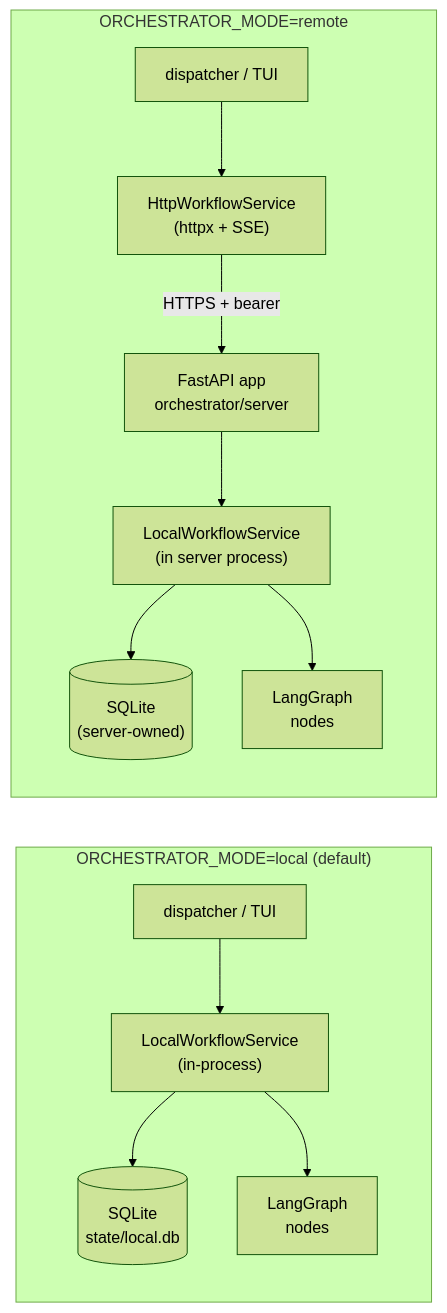
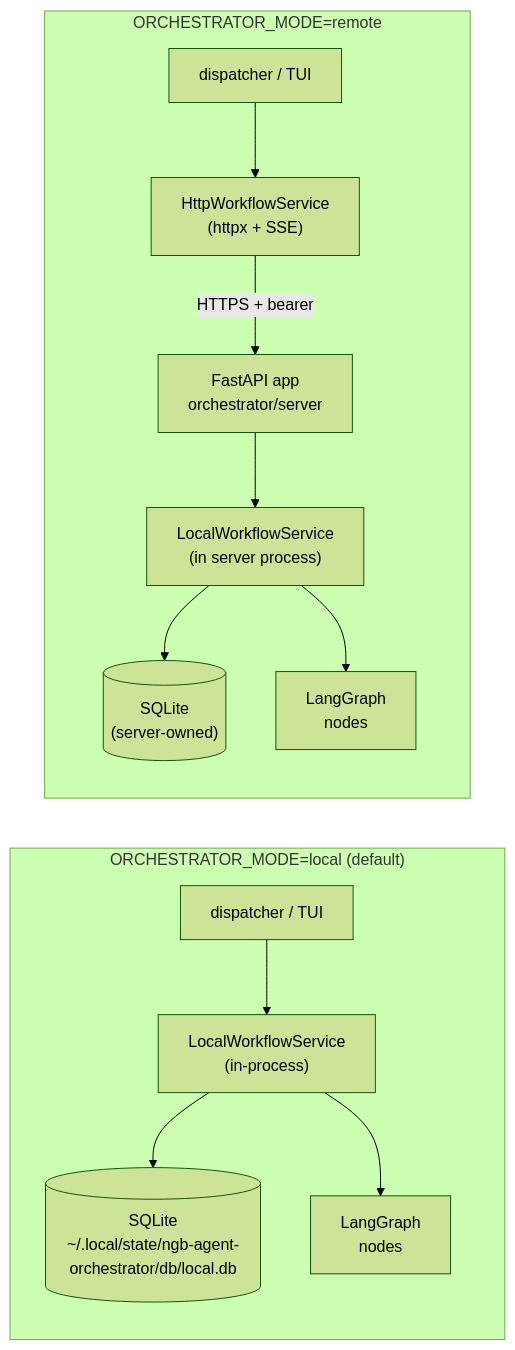
The diagram in docs/server.md (ngbank/ngb-agent-orchestrator), drawn with Mermaid (forest theme) before and after one commit. The commit also changed other lines of this file and 11 other files, not shown here.

````diff
--- a/docs/server.md
+++ b/docs/server.md
@@ -23,16 +23,16 @@
 ```mermaid
 flowchart LR
     subgraph local["ORCHESTRATOR_MODE=local (default)"]
         CLI1["dispatcher / TUI"] --> LS1["LocalWorkflowService<br/>(in-process)"]
-        LS1 --> SQL1[("SQLite<br/>state/local.db")]
+        LS1 --> SQL1[("SQLite<br/>~/.local/state/ngb-agent-orchestrator/db/local.db")]
         LS1 --> LG1["LangGraph<br/>nodes"]
     end
 
     subgraph remote["ORCHESTRATOR_MODE=remote"]
         CLI2["dispatcher / TUI"] --> HC["HttpWorkflowService<br/>(httpx + SSE)"]
         HC -->|HTTPS + bearer| API["FastAPI app<br/>orchestrator/server"]
         API --> LS2["LocalWorkflowService<br/>(in server process)"]
         LS2 --> SQL2[("SQLite<br/>(server-owned)")]
         LS2 --> LG2["LangGraph<br/>nodes"]
     end
 ```
````
